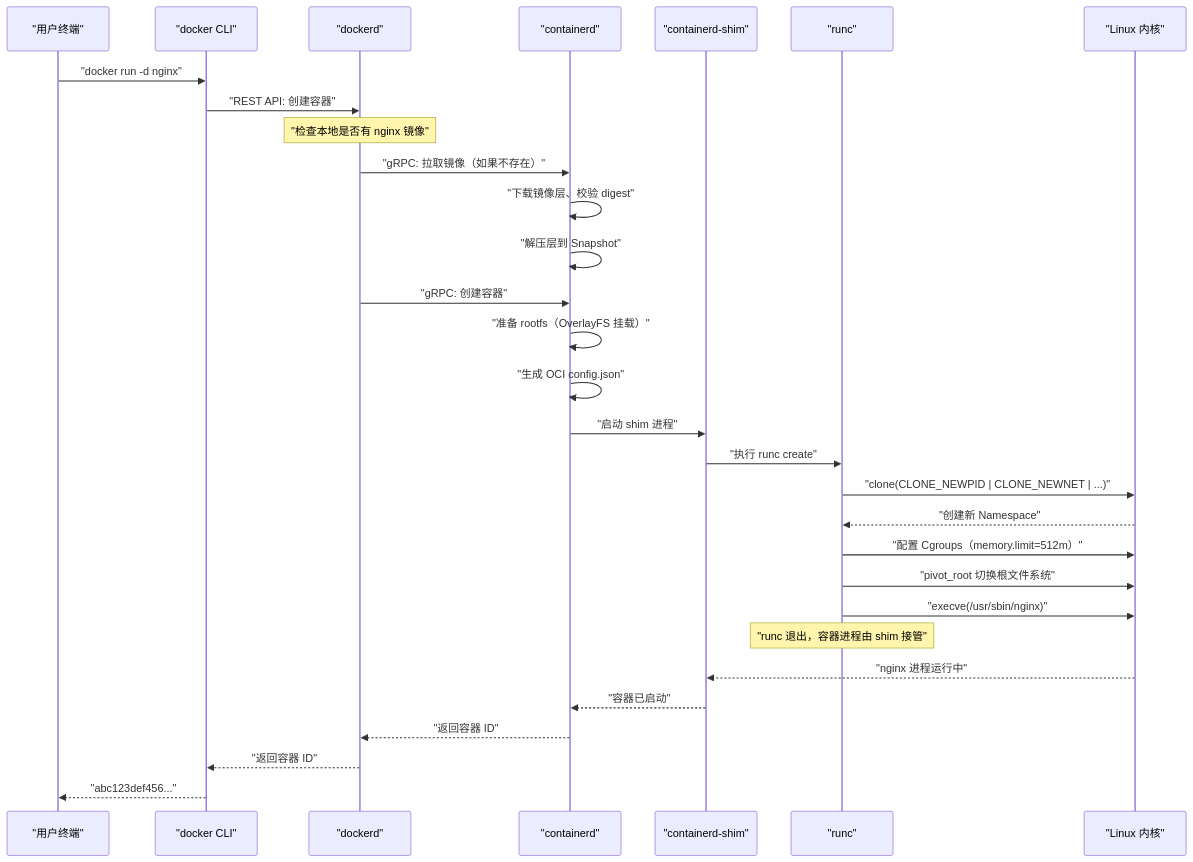
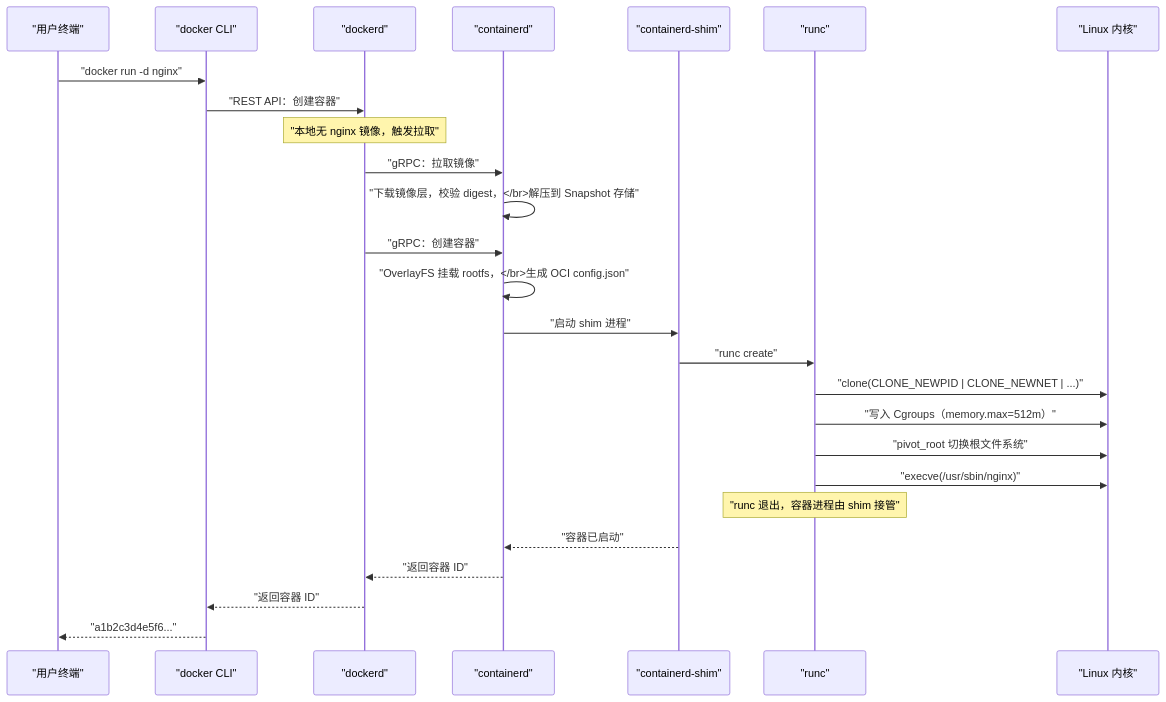
The fourth of 5 diagrams in content/云原生/Docker/01 容器的本质——从进程隔离到 OCI 标准.md (hpliStartAgain/my-brain), drawn with Mermaid before and after one commit. The commit also changed other lines of this file and 47 other files, not shown here.

````diff
--- a/content/云原生/Docker/01 容器的本质——从进程隔离到 OCI 标准.md
+++ b/content/云原生/Docker/01 容器的本质——从进程隔离到 OCI 标准.md
@@ -363,40 +363,35 @@
 ```mermaid
 %%{init: {'theme': 'dracula'}}%%
 sequenceDiagram
     participant User as "用户终端"
     participant CLI as "docker CLI"
     participant Daemon as "dockerd"
     participant CTR as "containerd"
     participant Shim as "containerd-shim"
     participant Runc as "runc"
     participant Kernel as "Linux 内核"
 
     User->>CLI: "docker run -d nginx"
-    CLI->>Daemon: "REST API: 创建容器"
-    
-    Note over Daemon: "检查本地是否有 nginx 镜像"
-    Daemon->>CTR: "gRPC: 拉取镜像（如果不存在）"
-    CTR->>CTR: "下载镜像层、校验 digest"
-    CTR->>CTR: "解压层到 Snapshot"
-    
-    Daemon->>CTR: "gRPC: 创建容器"
-    CTR->>CTR: "准备 rootfs（OverlayFS 挂载）"
-    CTR->>CTR: "生成 OCI config.json"
-    
+    CLI->>Daemon: "REST API：创建容器"
+
+    Note over Daemon: "本地无 nginx 镜像，触发拉取"
+    Daemon->>CTR: "gRPC：拉取镜像"
+    CTR->>CTR: "下载镜像层，校验 digest，</br>解压到 Snapshot 存储"
+
+    Daemon->>CTR: "gRPC：创建容器"
+    CTR->>CTR: "OverlayFS 挂载 rootfs，</br>生成 OCI config.json"
+
     CTR->>Shim: "启动 shim 进程"
-    Shim->>Runc: "执行 runc create"
-    
+    Shim->>Runc: "runc create"
+
     Runc->>Kernel: "clone(CLONE_NEWPID | CLONE_NEWNET | ...)"
-    Kernel-->>Runc: "创建新 Namespace"
-    Runc->>Kernel: "配置 Cgroups（memory.limit=512m）"
+    Runc->>Kernel: "写入 Cgroups（memory.max=512m）"
     Runc->>Kernel: "pivot_root 切换根文件系统"
     Runc->>Kernel: "execve(/usr/sbin/nginx)"
-    
+
     Note over Runc: "runc 退出，容器进程由 shim 接管"
-    
-    Kernel-->>Shim: "nginx 进程运行中"
     Shim-->>CTR: "容器已启动"
     CTR-->>Daemon: "返回容器 ID"
     Daemon-->>CLI: "返回容器 ID"
-    CLI-->>User: "abc123def456..."
+    CLI-->>User: "a1b2c3d4e5f6..."
 ```
````
